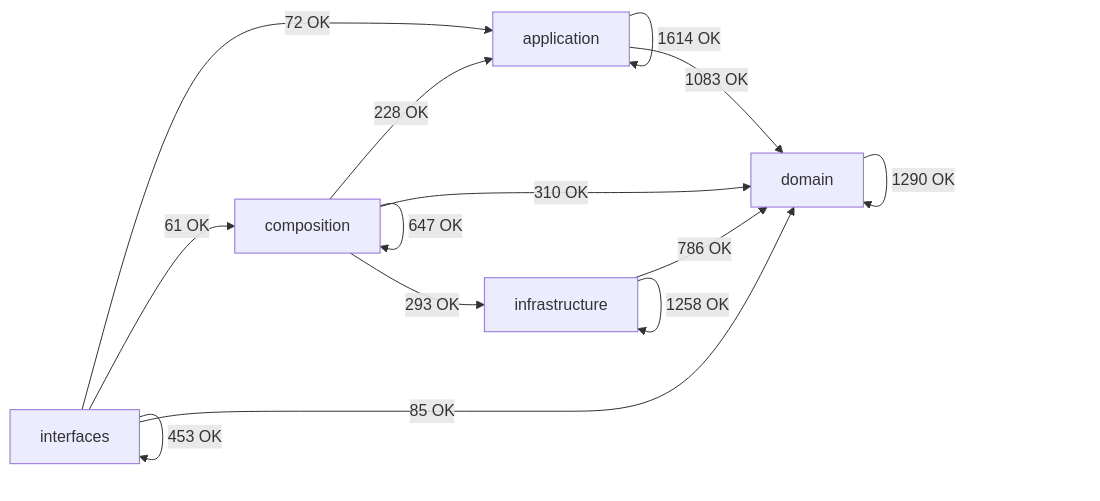
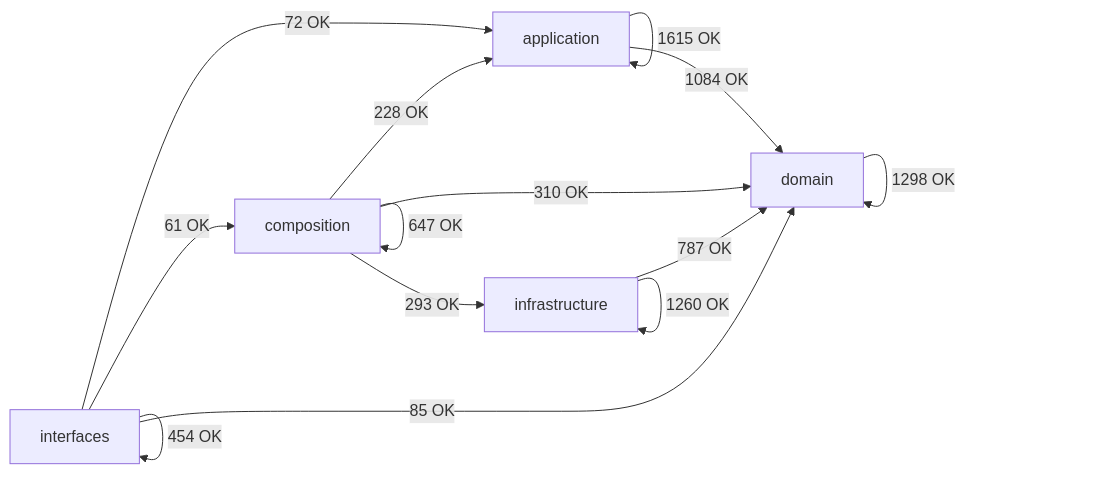
One commit to SatoryKono/BioactivityDataAcquisition changed the diagram in docs/02-architecture/generated/module-dependency-map.md. Above: the diagram before and after it, drawn with Mermaid. The commit also changed other lines of this file and 17 other files, not shown here.

````diff
--- a/docs/02-architecture/generated/module-dependency-map.md
+++ b/docs/02-architecture/generated/module-dependency-map.md
@@ -17,21 +17,21 @@
 ```mermaid
 flowchart LR
     domain[domain]
     application[application]
     infrastructure[infrastructure]
     composition[composition]
     interfaces[interfaces]
-    application -->|1614 OK| application
-    application -->|1083 OK| domain
+    application -->|1615 OK| application
+    application -->|1084 OK| domain
     composition -->|228 OK| application
     composition -->|647 OK| composition
     composition -->|310 OK| domain
     composition -->|293 OK| infrastructure
-    domain -->|1290 OK| domain
-    infrastructure -->|786 OK| domain
-    infrastructure -->|1258 OK| infrastructure
+    domain -->|1298 OK| domain
+    infrastructure -->|787 OK| domain
+    infrastructure -->|1260 OK| infrastructure
     interfaces -->|72 OK| application
     interfaces -->|61 OK| composition
     interfaces -->|85 OK| domain
-    interfaces -->|453 OK| interfaces
+    interfaces -->|454 OK| interfaces
 ```
````
